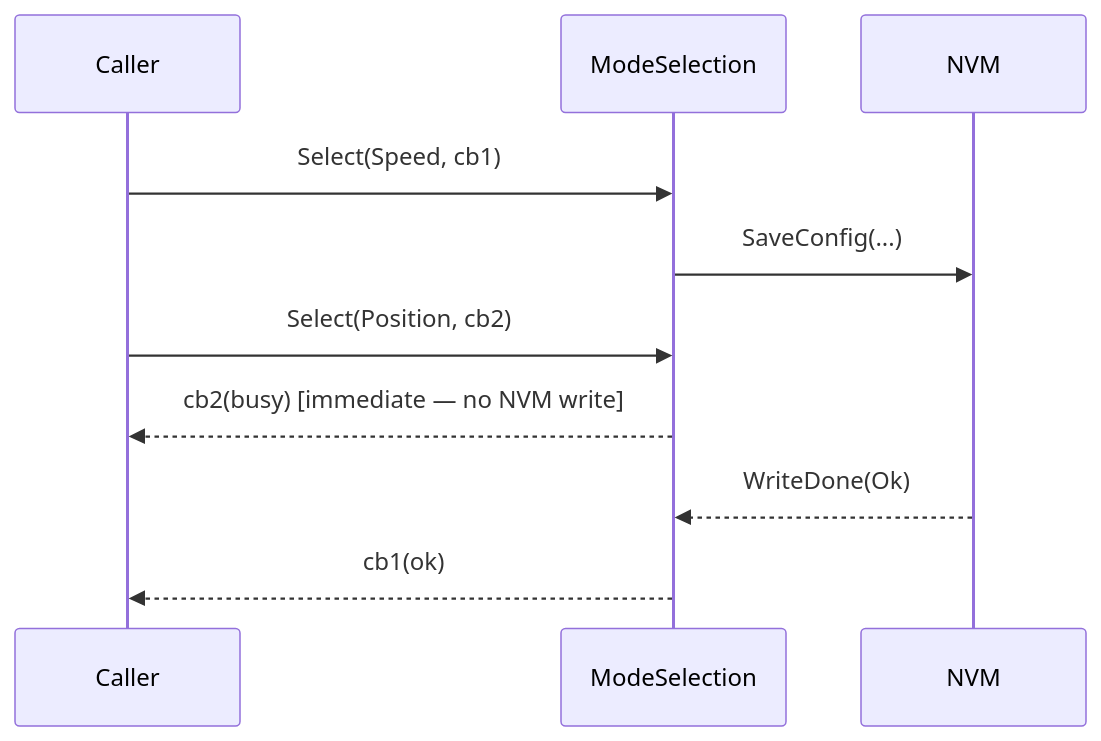
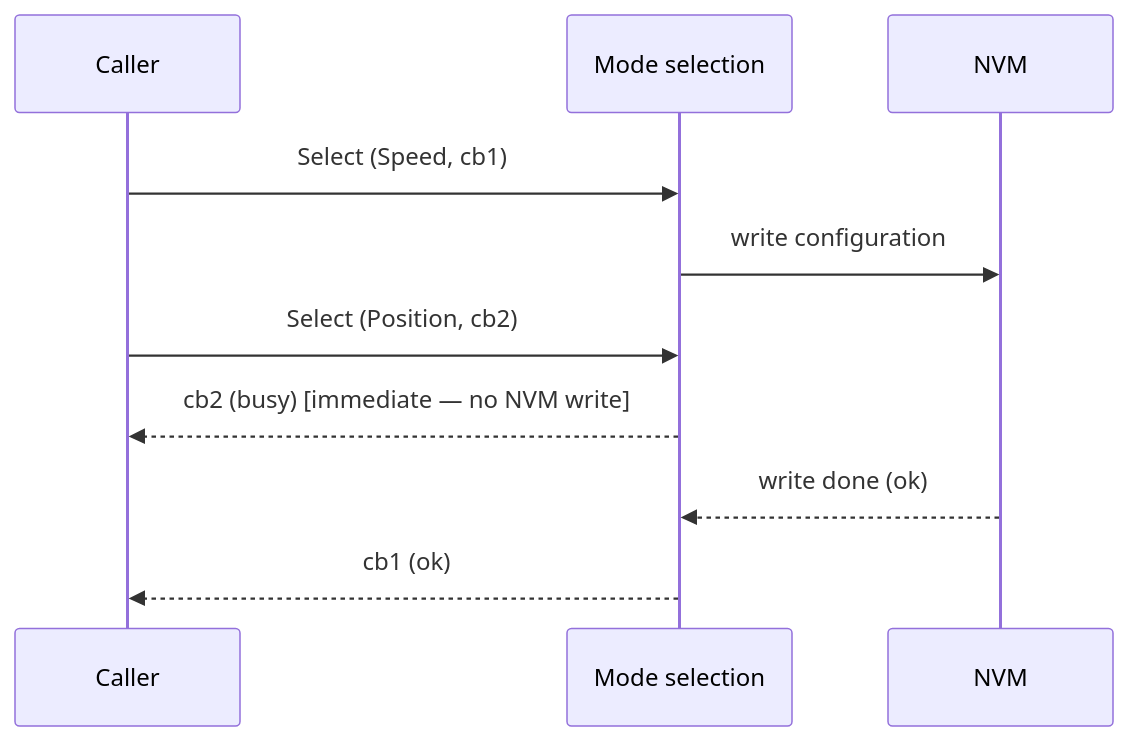
Diagram 11 of 13 in documentation/design/state-machine.md (embedded-pro/e-foc), drawn with Mermaid before and after one commit. The commit also changed other lines of this file and 37 other files, not shown here.

````diff
--- a/documentation/design/state-machine.md
+++ b/documentation/design/state-machine.md
@@ -1069,13 +1150,13 @@
 ```mermaid
 sequenceDiagram
     participant Caller
-    participant CSM as ModeSelection
+    participant CSM as Mode selection
     participant NVM
 
-    Caller->>CSM: Select(Speed, cb1)
-    CSM->>NVM: SaveConfig(...)
-    Caller->>CSM: Select(Position, cb2)
-    CSM-->>Caller: cb2(busy)  [immediate — no NVM write]
-    NVM-->>CSM: WriteDone(Ok)
-    CSM-->>Caller: cb1(ok)
+    Caller->>CSM: Select (Speed, cb1)
+    CSM->>NVM: write configuration
+    Caller->>CSM: Select (Position, cb2)
+    CSM-->>Caller: cb2 (busy) [immediate — no NVM write]
+    NVM-->>CSM: write done (ok)
+    CSM-->>Caller: cb1 (ok)
 ```
````
